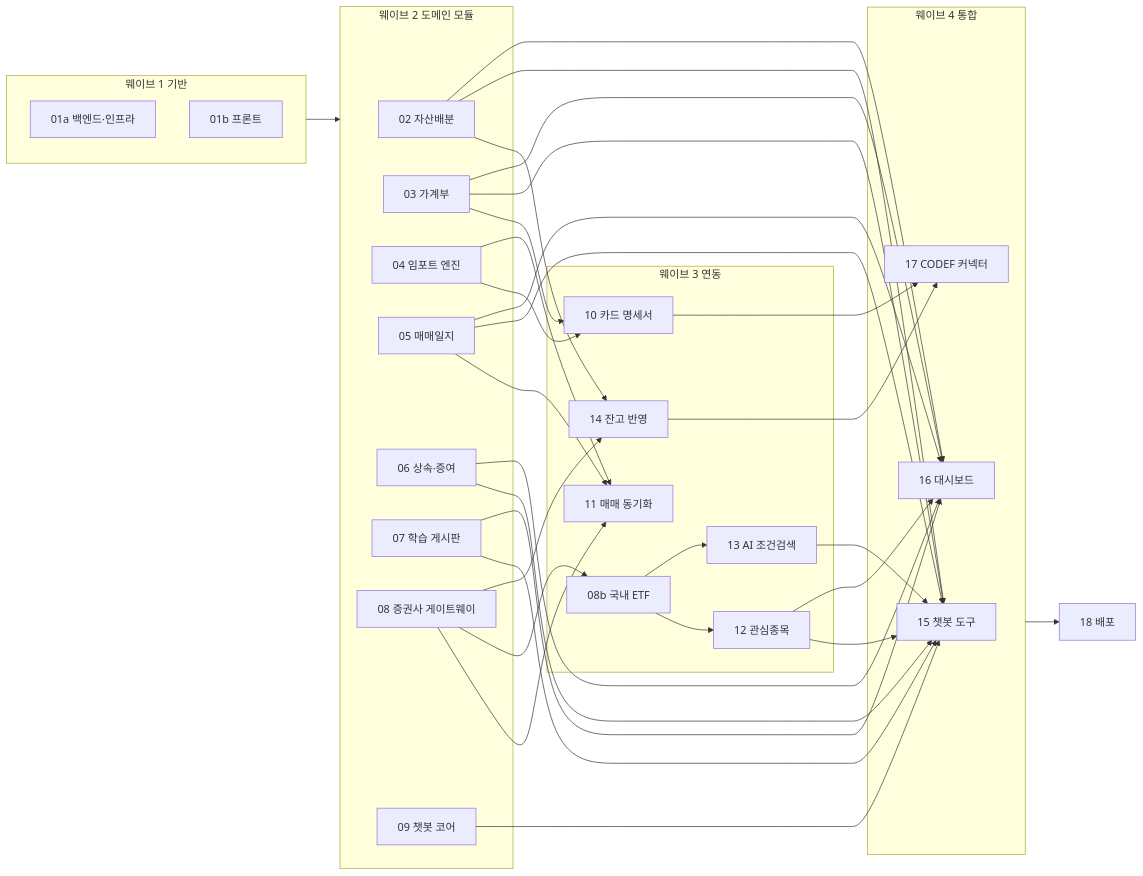
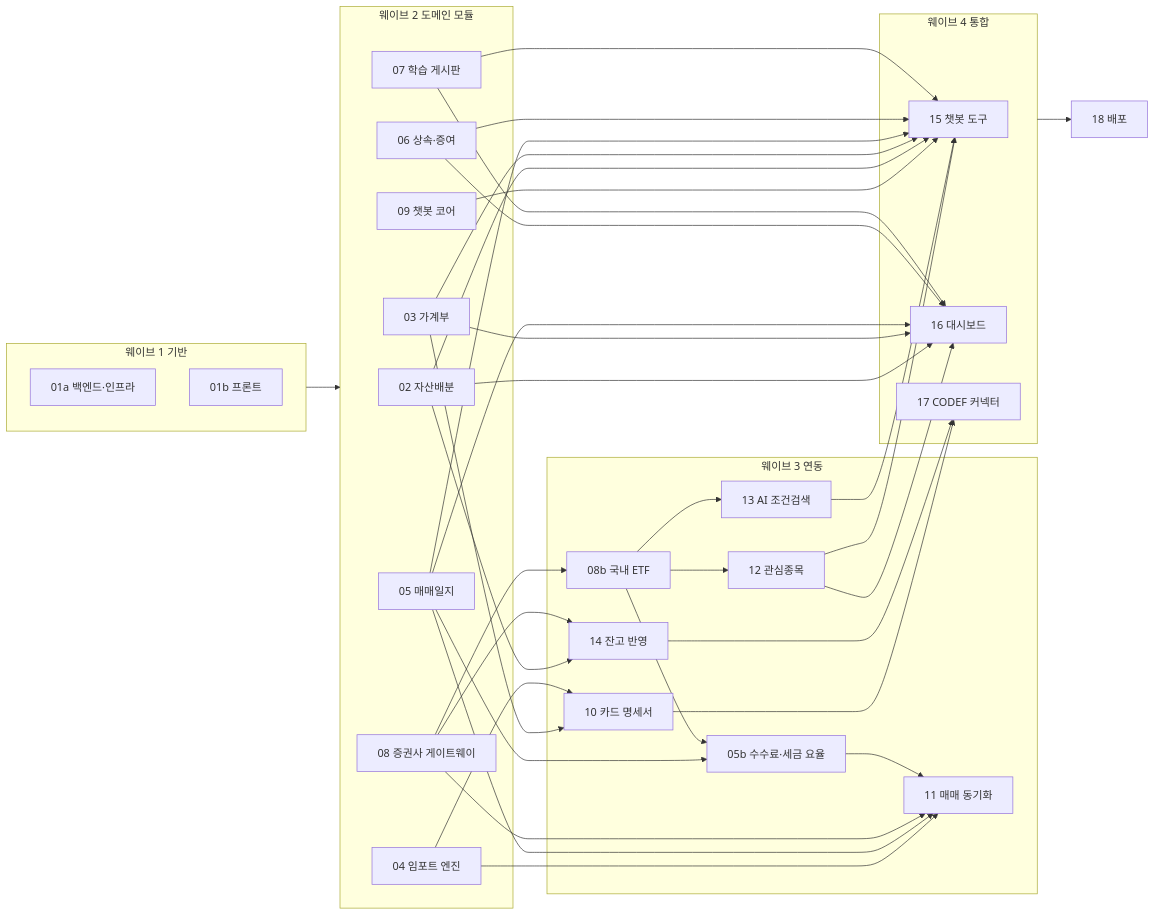
The diagram in docs/roadmap.md (ohch9712/all-weather-finance), drawn with Mermaid before and after one commit. The commit also changed other lines of this file and 6 other files, not shown here.

````diff
--- a/docs/roadmap.md
+++ b/docs/roadmap.md
@@ -8,48 +8,52 @@
 ```mermaid
 flowchart LR
   subgraph W1[웨이브 1 기반]
     T01a[01a 백엔드·인프라]
     T01b[01b 프론트]
   end
   subgraph W2[웨이브 2 도메인 모듈]
     T02[02 자산배분]
     T03[03 가계부]
     T04[04 임포트 엔진]
     T05[05 매매일지]
     T06[06 상속·증여]
     T07[07 학습 게시판]
     T08[08 증권사 게이트웨이]
     T09[09 챗봇 코어]
   end
   subgraph W3[웨이브 3 연동]
     T10[10 카드 명세서]
     T11[11 매매 동기화]
+    T05b[05b 수수료·세금 요율]
     T08b[08b 국내 ETF]
     T12[12 관심종목]
     T13[13 AI 조건검색]
     T14[14 잔고 반영]
   end
   subgraph W4[웨이브 4 통합]
     T15[15 챗봇 도구]
     T16[16 대시보드]
     T17[17 CODEF 커넥터]
   end
   T18[18 배포]
   W1 --> W2
   T03 --> T10
   T04 --> T10
   T04 --> T11
   T05 --> T11
   T08 --> T11
   T08 --> T08b
+  T05 --> T05b
+  T08b --> T05b
+  T05b --> T11
   T08b --> T12
   T08b --> T13
   T02 --> T14
   T08 --> T14
   T09 --> T15
   T02 & T03 & T05 & T06 & T07 & T12 & T13 --> T15
   T02 & T03 & T05 & T06 & T07 & T12 --> T16
   T10 --> T17
   T14 --> T17
   W4 --> T18
 ```
````
